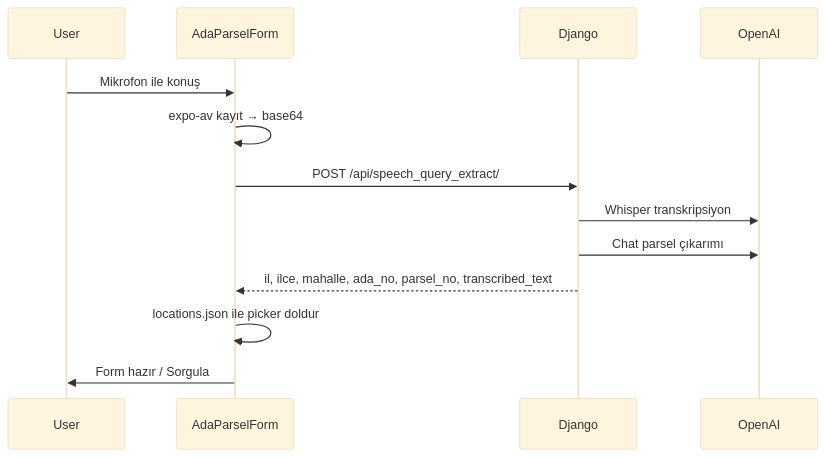
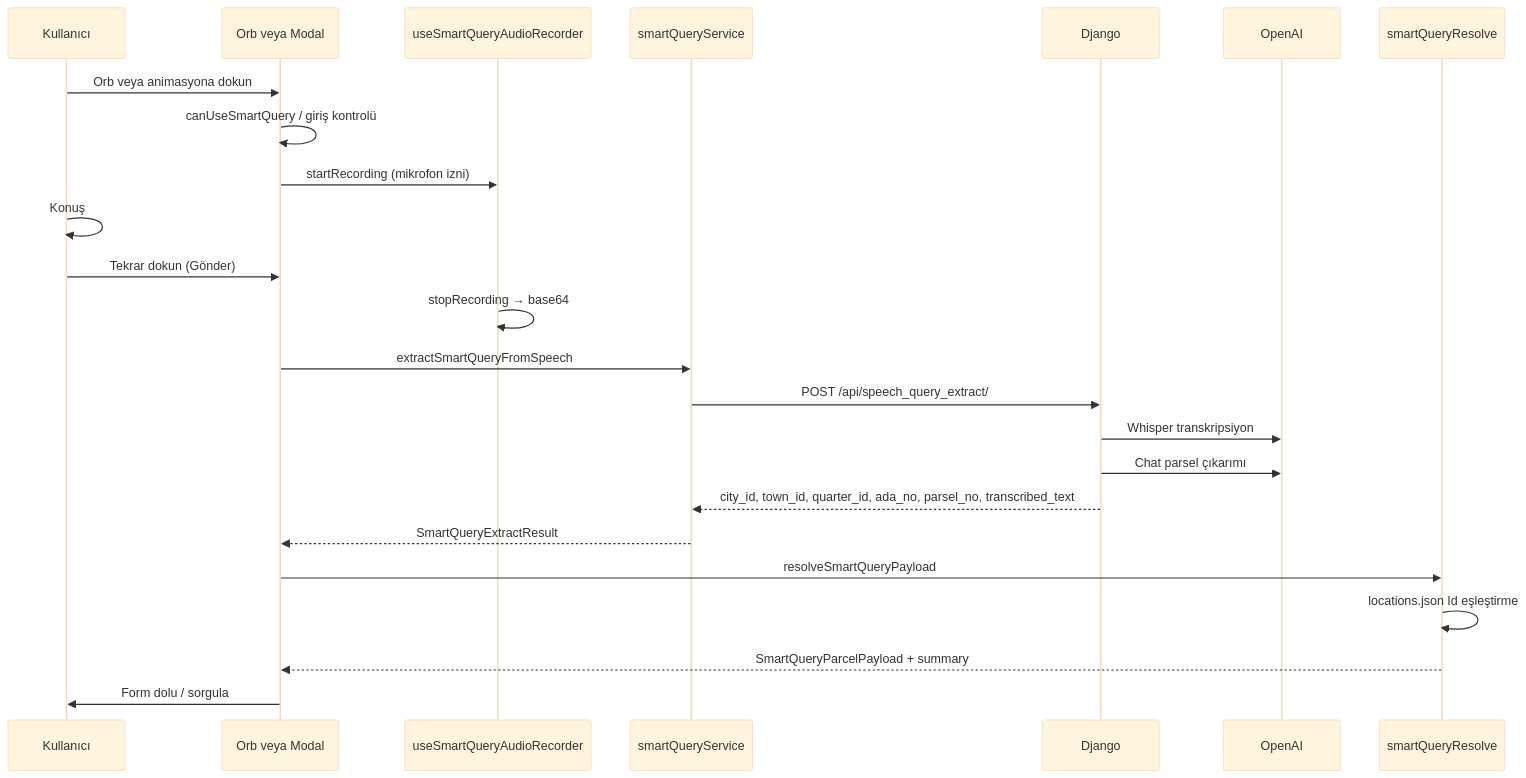
Before and after one commit to proparcel/mobil: the second of 2 diagrams in docs/components/smart_query.md, drawn with Mermaid (base theme). The commit also changed other lines of this file and 1121 other files, not shown here.

````diff
--- a/docs/components/smart_query.md
+++ b/docs/components/smart_query.md
@@ -12,16 +78,27 @@
 ```mermaid
 sequenceDiagram
-  participant User
-  participant App as AdaParselForm
+  participant K as Kullanıcı
+  participant UI as Orb veya Modal
+  participant REC as useSmartQueryAudioRecorder
+  participant SVC as smartQueryService
   participant API as Django
   participant OAI as OpenAI
+  participant RES as smartQueryResolve
 
-  User->>App: Mikrofon ile konuş
-  App->>App: expo-av kayıt → base64
-  App->>API: POST /api/speech_query_extract/
+  K->>UI: Orb veya animasyona dokun
+  UI->>UI: canUseSmartQuery / giriş kontrolü
+  UI->>REC: startRecording (mikrofon izni)
+  K->>K: Konuş
+  K->>UI: Tekrar dokun (Gönder)
+  REC->>REC: stopRecording → base64
+  UI->>SVC: extractSmartQueryFromSpeech
+  SVC->>API: POST /api/speech_query_extract/
   API->>OAI: Whisper transkripsiyon
   API->>OAI: Chat parsel çıkarımı
-  API-->>App: il, ilce, mahalle, ada_no, parsel_no, transcribed_text
-  App->>App: locations.json ile picker doldur
-  App->>User: Form hazır / Sorgula
+  API-->>SVC: city_id, town_id, quarter_id, ada_no, parsel_no, transcribed_text
+  SVC-->>UI: SmartQueryExtractResult
+  UI->>RES: resolveSmartQueryPayload
+  RES->>RES: locations.json Id eşleştirme
+  RES-->>UI: SmartQueryParcelPayload + summary
+  UI->>K: Form dolu / sorgula
 ```
````
